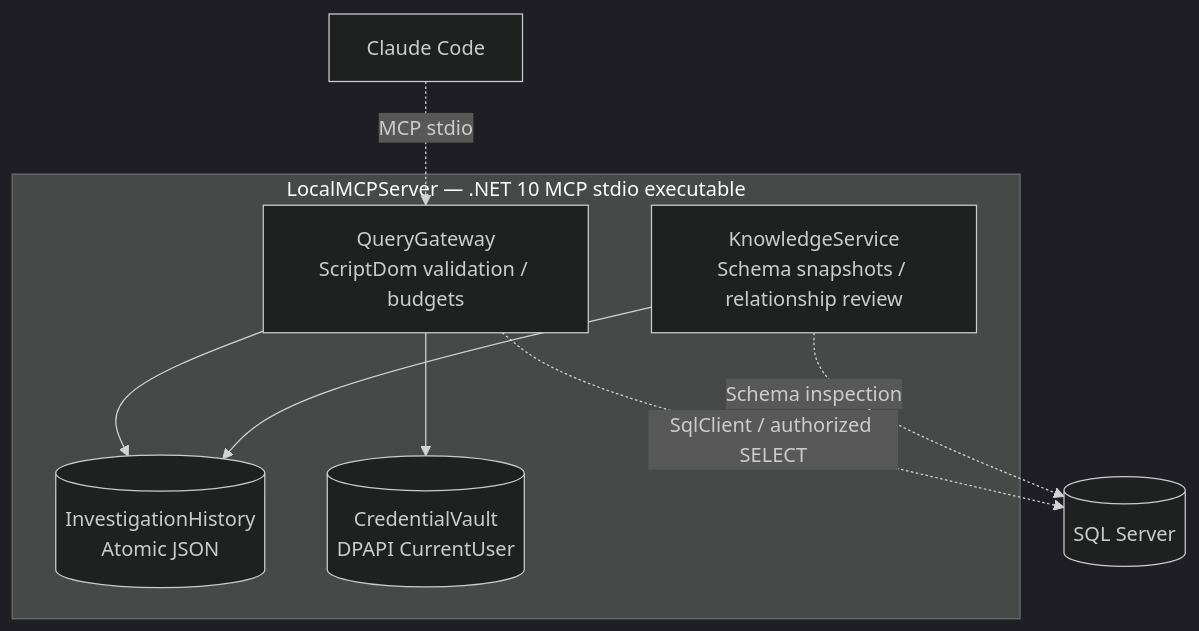
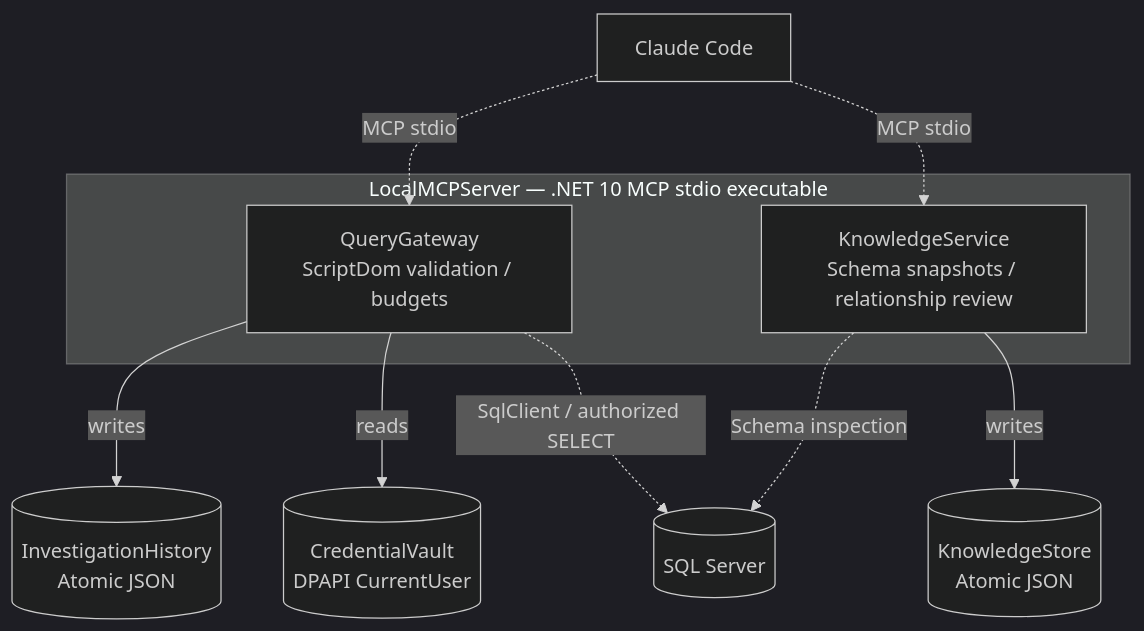
Before and after one commit to avlon-technologies/sql-investigator: the diagram in continuum/diagrams/02-local-runtime.md, drawn with Mermaid (dark theme). The commit also changed other lines of this file and 43 other files, not shown here.

````diff
--- a/continuum/diagrams/02-local-runtime.md
+++ b/continuum/diagrams/02-local-runtime.md
@@ -3,17 +3,19 @@
 ```mermaid
 flowchart TB
   claude[Claude Code]
   subgraph exe[LocalMCPServer — .NET 10 MCP stdio executable]
     gateway[QueryGateway\nScriptDom validation / budgets]
     knowledge[KnowledgeService\nSchema snapshots / relationship review]
-    history[(InvestigationHistory\nAtomic JSON)]
-    secrets[(CredentialVault\nDPAPI CurrentUser)]
   end
+  history[(InvestigationHistory\nAtomic JSON)]
+  kstore[(KnowledgeStore\nAtomic JSON)]
+  secrets[(CredentialVault\nDPAPI CurrentUser)]
   db[(SQL Server)]
   claude -. "MCP stdio" .-> gateway
-  gateway --> history
-  gateway --> secrets
+  claude -. "MCP stdio" .-> knowledge
+  gateway -- writes --> history
+  gateway -- reads --> secrets
   gateway -. "SqlClient / authorized SELECT" .-> db
-  knowledge --> history
+  knowledge -- writes --> kstore
   knowledge -. "Schema inspection" .-> db
 ```
````
